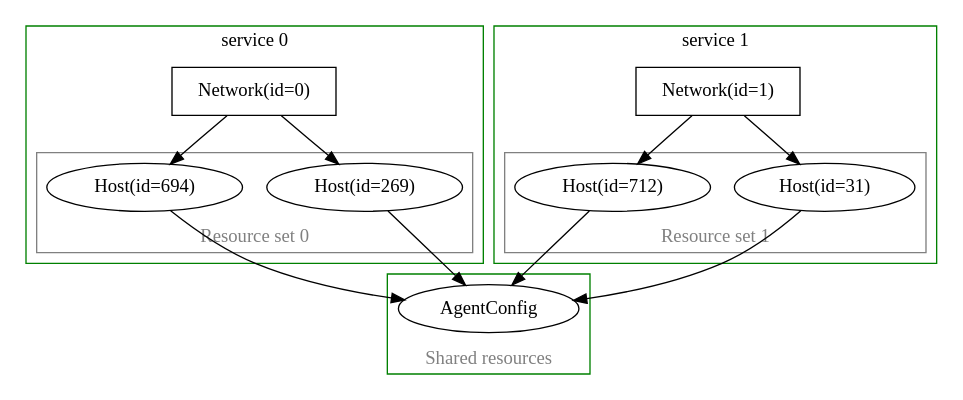
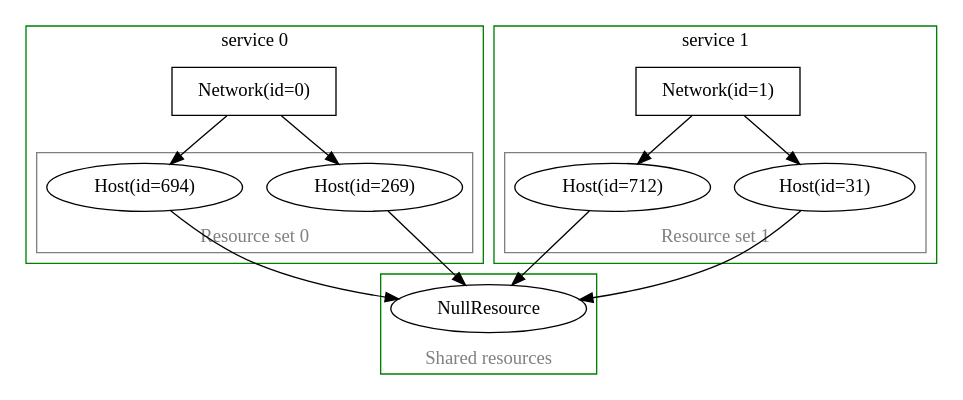
Before and after one commit to inmanta/inmanta-core: the sixth of 8 diagrams in docs/model_developers/resource_sets.rst, drawn with Graphviz. The commit also changed other lines of this file and 25 other files, not shown here.

```diff
--- a/docs/model_developers/resource_sets.rst
+++ b/docs/model_developers/resource_sets.rst
@@ -438,42 +438,42 @@
 .. digraph:: resource_sets_example_allocation
     :caption: Two valid services with their resource sets, using allocation
 
     subgraph cluster_shared {
-        AgentConfig;
+        NullResource;
         color = "green";
         fontcolor = "grey";
         label = "Shared resources";
         labelloc = "bottom";
     }
 
     subgraph cluster_service0 {
         "Network(id=0)" [shape=rectangle];
         "Network(id=0)" -> subgraph cluster_resources0 {
             "Host(id=269)";
             "Host(id=694)";
             color = "grey";
             fontcolor = "grey";
             label = "Resource set 0";
             labelloc = "bottom";
         }
         color = "green";
         label = "service 0";
         labelloc = "top";
     }
     subgraph cluster_service1 {
         "Network(id=1)" [shape=rectangle];
         "Network(id=1)" -> subgraph cluster_resources1 {
             "Host(id=31)";
             "Host(id=712)";
             color = "grey";
             fontcolor = "grey";
             label = "Resource set 1";
             labelloc = "bottom";
         }
         color = "green";
         label = "service 1";
         labelloc = "top";
     }
 
     # force rendering on multiple ranks
-    {"Host(id=694)" "Host(id=269)" "Host(id=712)" "Host(id=31)"} -> "AgentConfig";
+    {"Host(id=694)" "Host(id=269)" "Host(id=712)" "Host(id=31)"} -> "NullResource";
```
